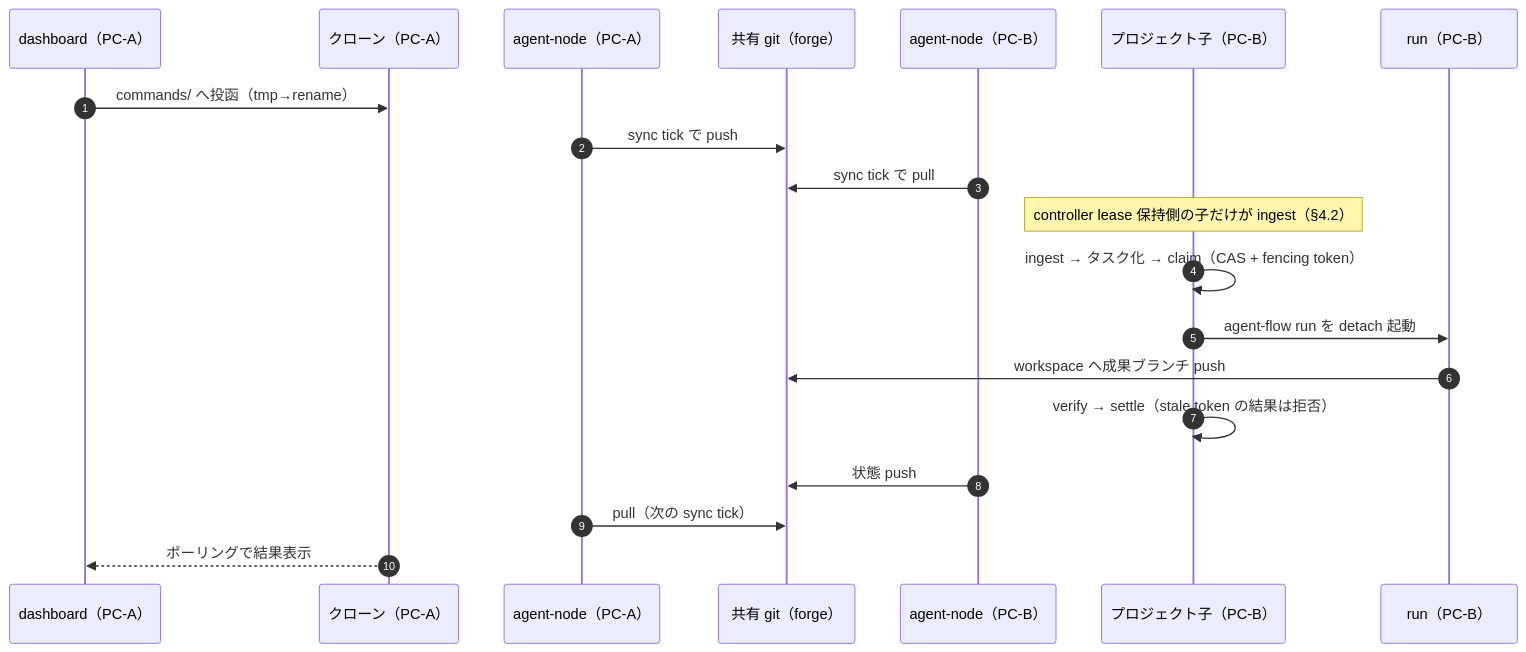
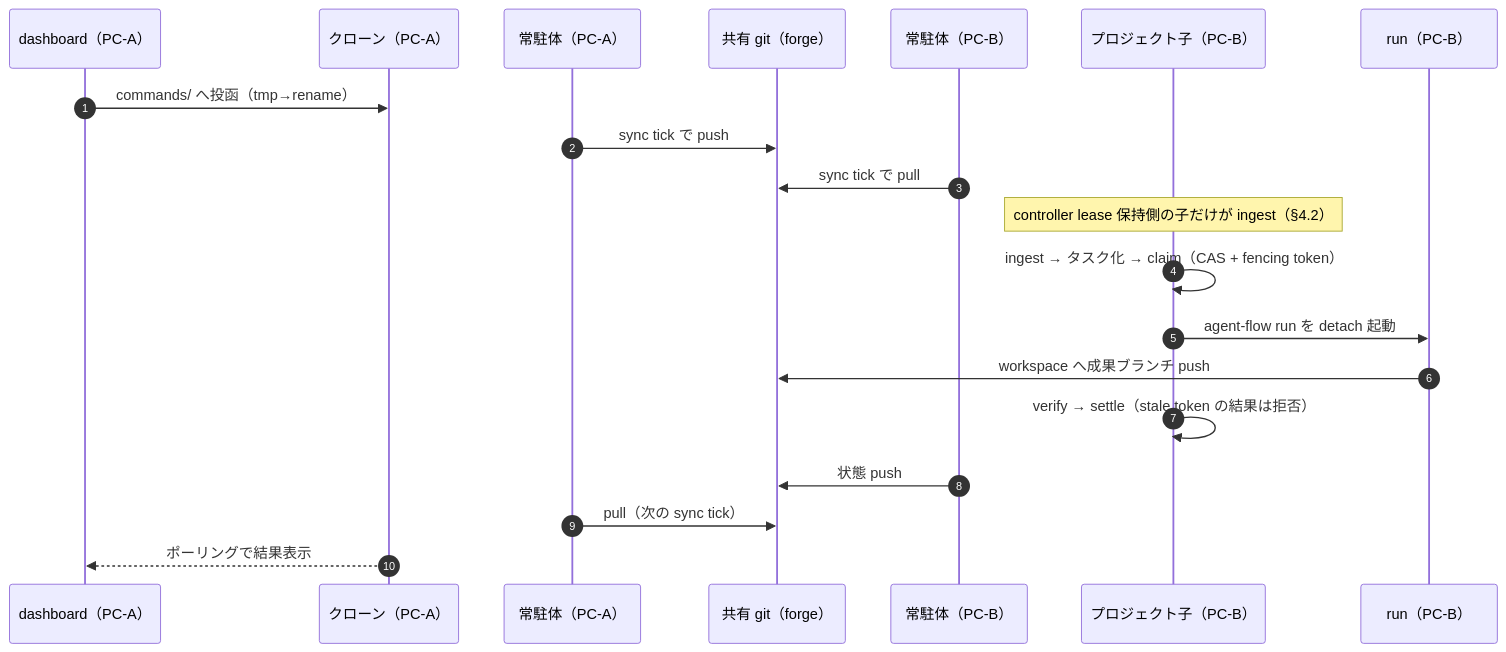
The third of 3 diagrams in docs/plans/2026-07-24-single-resident-controller-design.md (ynitto/sandbox), drawn with Mermaid before and after one commit. The commit also changed other lines of this file, not shown here.

First line of the commit message:
docs: revise design to rev.6 — hide internals behind agent-project, keep standalone engines

````diff
--- a/docs/plans/2026-07-24-single-resident-controller-design.md
+++ b/docs/plans/2026-07-24-single-resident-controller-design.md
@@ -201,22 +218,22 @@
 ```mermaid
 sequenceDiagram
     autonumber
     participant D as dashboard（PC-A）
     participant CA as クローン（PC-A）
-    participant NA as agent-node（PC-A）
+    participant NA as 常駐体（PC-A）
     participant G as 共有 git（forge）
-    participant NB as agent-node（PC-B）
+    participant NB as 常駐体（PC-B）
     participant PB as プロジェクト子（PC-B）
     participant R as run（PC-B）
     D->>CA: commands/ へ投函（tmp→rename）
     NA->>G: sync tick で push
     NB->>G: sync tick で pull
     Note over PB: controller lease 保持側の子だけが ingest（§4.2）
     PB->>PB: ingest → タスク化 → claim（CAS + fencing token）
     PB->>R: agent-flow run を detach 起動
     R->>G: workspace へ成果ブランチ push
     PB->>PB: verify → settle（stale token の結果は拒否）
     NB->>G: 状態 push
     NA->>G: pull（次の sync tick）
     CA-->>D: ポーリングで結果表示
 ```
````
